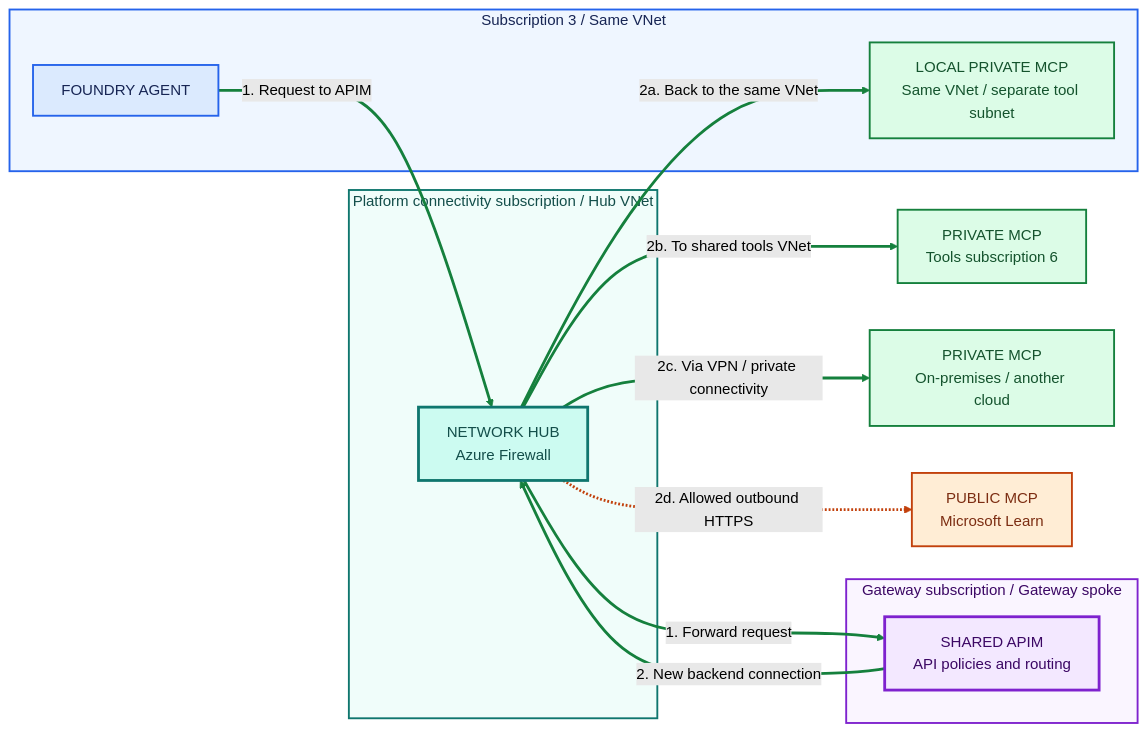
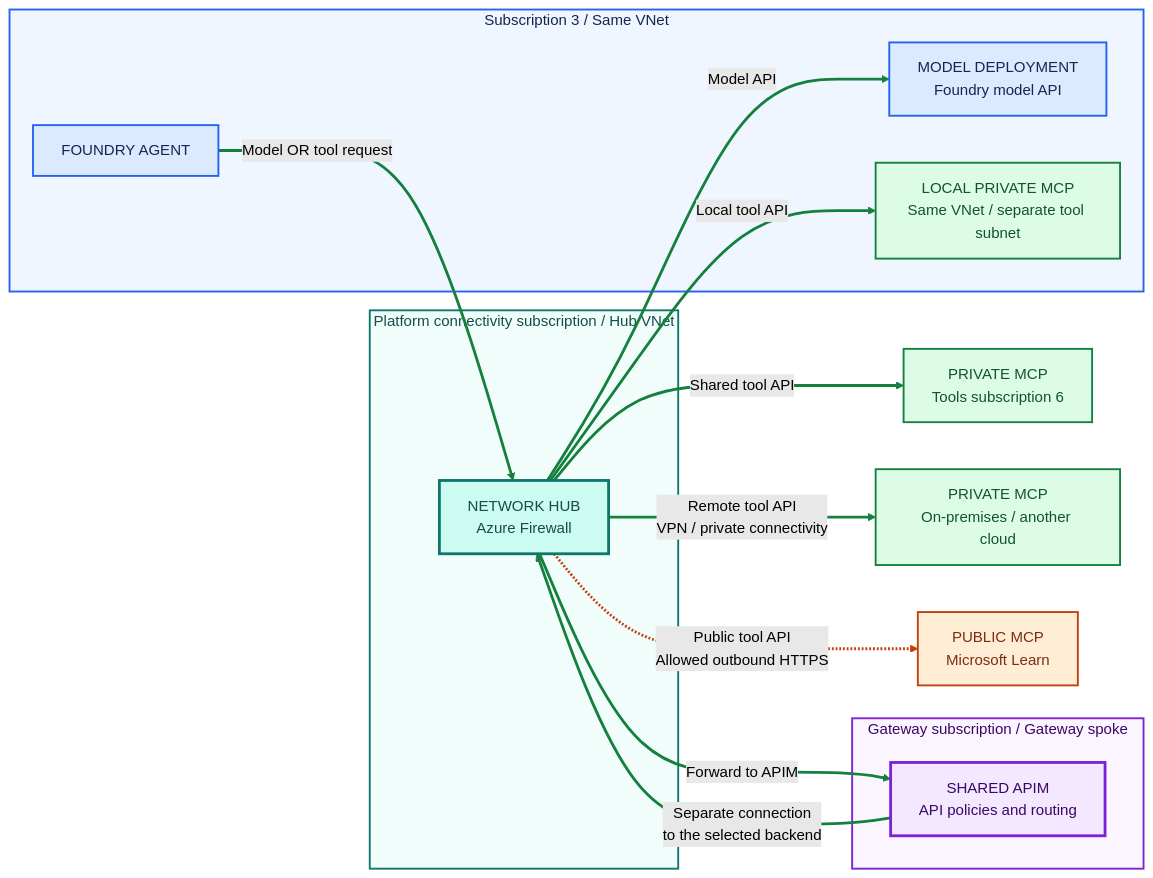
One commit to memasanz/foundry-ai-landing-zone changed the second of 3 diagrams in architecture.md. Above: the diagram before and after it, drawn with Mermaid (forest theme). The commit also changed other lines of this file, not shown here.

````diff
--- a/architecture.md
+++ b/architecture.md
@@ -89,41 +89,43 @@
 ```mermaid
 flowchart LR
     subgraph Sub3["Subscription 3 / Same VNet"]
         Agent["FOUNDRY AGENT"]
+        Model["MODEL DEPLOYMENT<br/>Foundry model API"]
         Local["LOCAL PRIVATE MCP<br/>Same VNet / separate tool subnet"]
     end
     subgraph Connectivity["Platform connectivity subscription / Hub VNet"]
         Hub["NETWORK HUB<br/>Azure Firewall"]
     end
     subgraph Gateway["Gateway subscription / Gateway spoke"]
         APIM["SHARED APIM<br/>API policies and routing"]
     end
     Private["PRIVATE MCP<br/>Tools subscription 6"]
     Remote["PRIVATE MCP<br/>On-premises / another cloud"]
     Learn["PUBLIC MCP<br/>Microsoft Learn"]
 
-    Agent -->|"1. Request to APIM"| Hub
-    Hub -->|"1. Forward request"| APIM
-    APIM -->|"2. New backend connection"| Hub
-    Hub -->|"2a. Back to the same VNet"| Local
-    Hub -->|"2b. To shared tools VNet"| Private
-    Hub -->|"2c. Via VPN / private connectivity"| Remote
-    Hub -.->|"2d. Allowed outbound HTTPS"| Learn
+    Agent -->|"Model OR tool request"| Hub
+    Hub -->|"Forward to APIM"| APIM
+    APIM -->|"Separate connection<br/>to the selected backend"| Hub
+    Hub -->|"Model API"| Model
+    Hub -->|"Local tool API"| Local
+    Hub -->|"Shared tool API"| Private
+    Hub -->|"Remote tool API<br/>VPN / private connectivity"| Remote
+    Hub -.->|"Public tool API<br/>Allowed outbound HTTPS"| Learn
 
     classDef gateway fill:#F3E8FF,stroke:#7E22CE,stroke-width:3px,color:#3B0764
     classDef foundry fill:#DBEAFE,stroke:#2563EB,stroke-width:2px,color:#172554
     classDef privateTool fill:#DCFCE7,stroke:#15803D,stroke-width:2px,color:#14532D
     classDef publicTool fill:#FFEDD5,stroke:#C2410C,stroke-width:2px,color:#7C2D12
 
     class APIM gateway
-    class Agent foundry
+    class Agent,Model foundry
     class Private,Remote,Local privateTool
     class Learn publicTool
     classDef network fill:#CCFBF1,stroke:#0F766E,stroke-width:3px,color:#134E4A
     class Hub network
     style Sub3 fill:#EFF6FF,stroke:#2563EB,stroke-width:2px,color:#172554
     style Connectivity fill:#F0FDFA,stroke:#0F766E,stroke-width:2px,color:#134E4A
     style Gateway fill:#FAF5FF,stroke:#7E22CE,stroke-width:2px,color:#3B0764
-    linkStyle 0,1,2,3,4,5 stroke:#15803D,stroke-width:3px
-    linkStyle 6 stroke:#C2410C,stroke-width:3px
+    linkStyle 0,1,2,3,4,5,6 stroke:#15803D,stroke-width:3px
+    linkStyle 7 stroke:#C2410C,stroke-width:3px
 ```
````
